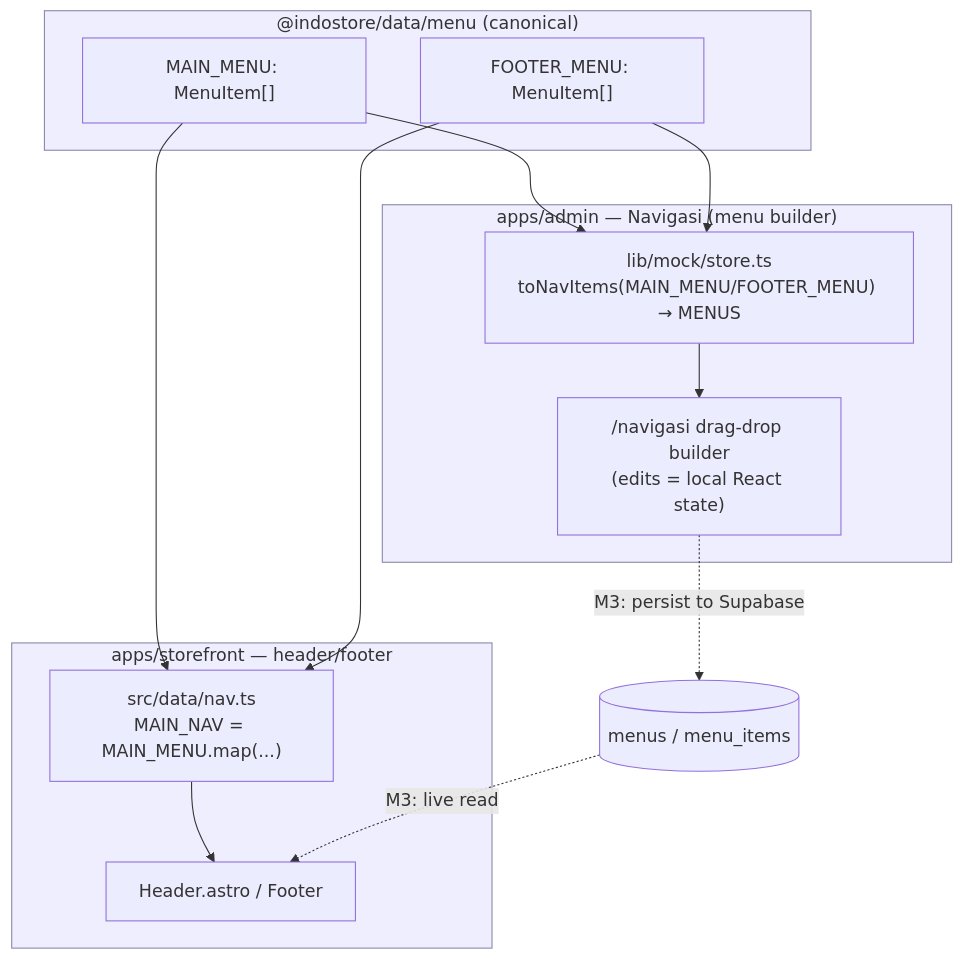
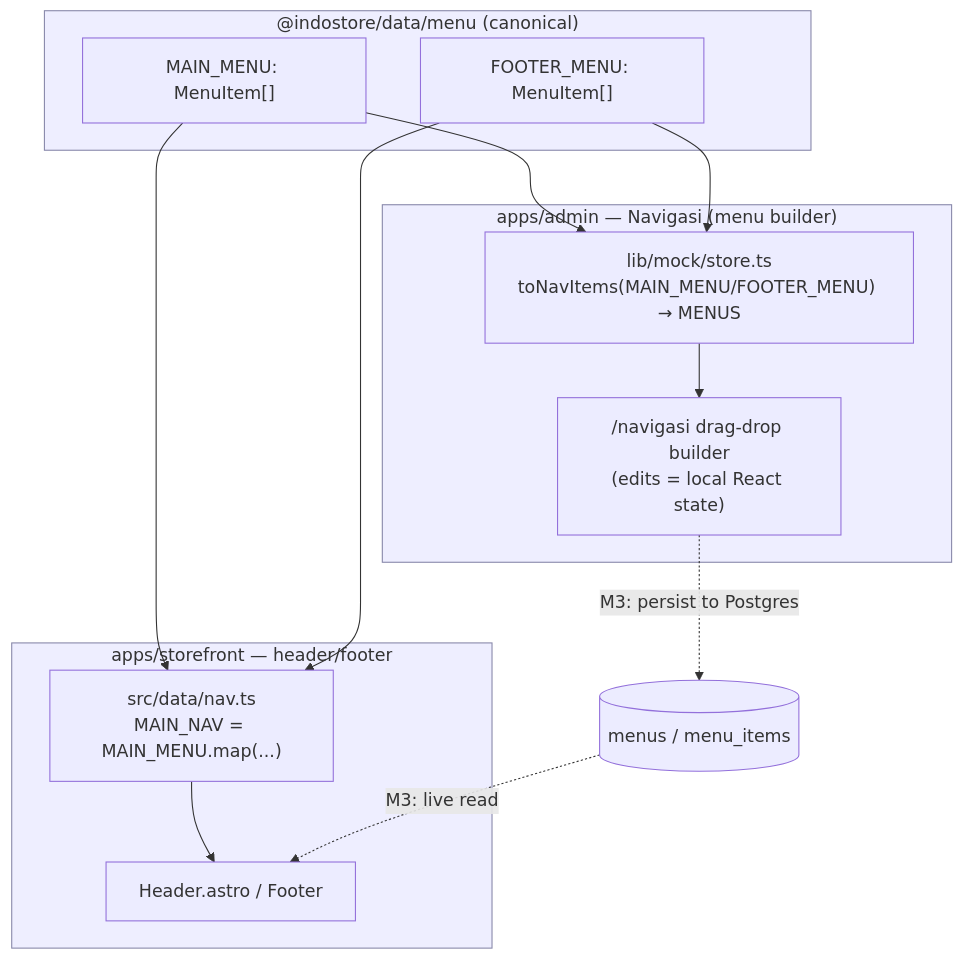
Before and after one commit to ongkipro/tokophi: the sixth of 11 diagrams in specs/docs/UML.md, drawn with Mermaid. The commit also changed other lines of this file and 17 other files, not shown here.

First line of the commit message:
docs: prod backend = self-hosted Postgres + PostgREST on VPS (not Supabase)

````diff
--- a/specs/docs/UML.md
+++ b/specs/docs/UML.md
@@ -286,28 +286,28 @@
 ```mermaid
 flowchart TB
   subgraph SRC["@indostore/data/menu (canonical)"]
     MM["MAIN_MENU: MenuItem[]"]
     FM["FOOTER_MENU: MenuItem[]"]
   end
 
   subgraph ADMIN["apps/admin — Navigasi (menu builder)"]
     AS["lib/mock/store.ts<br/>toNavItems(MAIN_MENU/FOOTER_MENU) → MENUS"]
     BUILDER["/navigasi drag-drop builder<br/>(edits = local React state)"]
   end
 
   subgraph STORE["apps/storefront — header/footer"]
     NAV["src/data/nav.ts<br/>MAIN_NAV = MAIN_MENU.map(...)"]
     HEADER["Header.astro / Footer"]
   end
 
   MM --> AS --> BUILDER
   FM --> AS
   MM --> NAV --> HEADER
   FM --> NAV
 
-  BUILDER -. "M3: persist to Supabase" .-> DB[("menus / menu_items")]
+  BUILDER -. "M3: persist to Postgres" .-> DB[("menus / menu_items")]
   DB -. "M3: live read" .-> HEADER
 
   classDef now fill:#eef,stroke:#88a;
   class SRC,ADMIN,STORE now;
 ```
````
